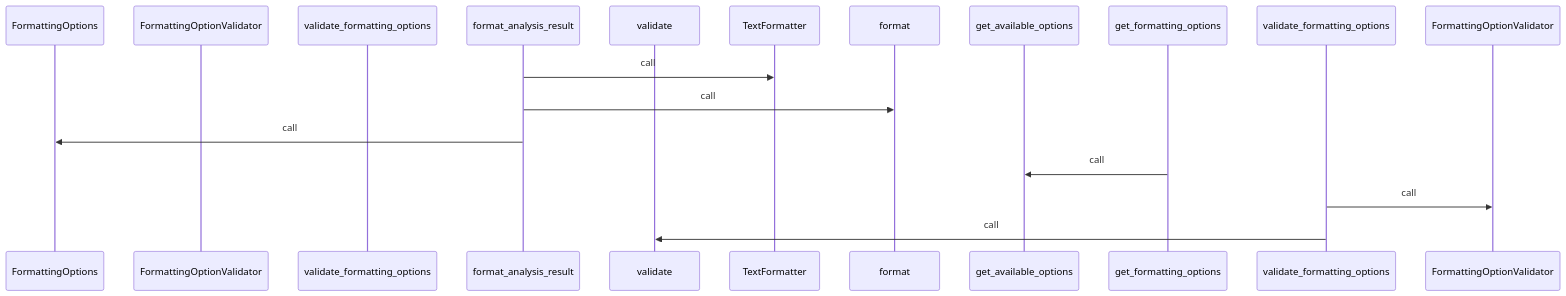
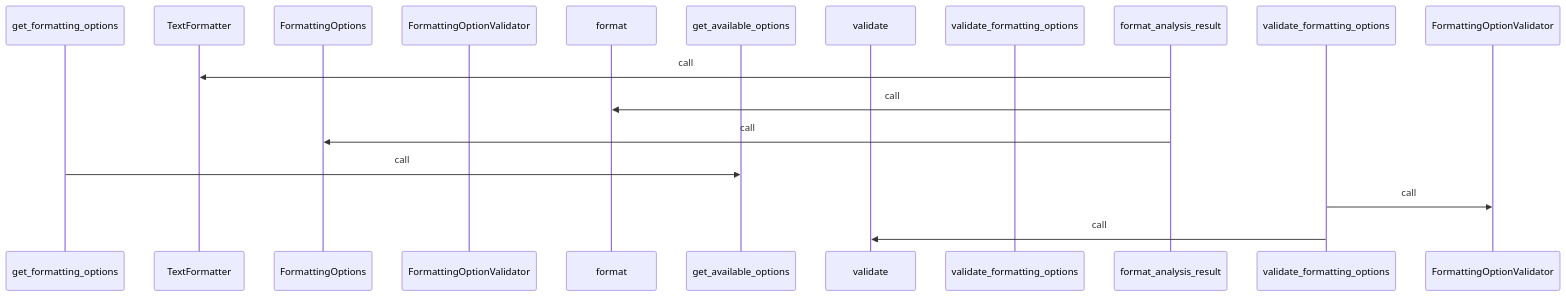
Before and after one commit to yeonjae-personal/codemuse-backend: the sixth of 7 diagrams in generated_docs/rule_analyzer/formatters/__init__.md, drawn with Mermaid. The commit also changed other lines of this file and 3378 other files, not shown here.

````diff
--- a/generated_docs/rule_analyzer/formatters/__init__.md
+++ b/generated_docs/rule_analyzer/formatters/__init__.md
@@ -251,18 +251,18 @@
 ```mermaid
 sequenceDiagram
+  participant get_formatting_options as get_formatting_options
+  participant TextFormatter as TextFormatter
   participant FormattingOptions as FormattingOptions
   participant FormattingOptionValidato as FormattingOptionValidator
+  participant format as format
+  participant get_available_options as get_available_options
+  participant validate as validate
   participant validate_formatting_opti as validate_formatting_options
   participant format_analysis_result as format_analysis_result
-  participant validate as validate
-  participant TextFormatter as TextFormatter
-  participant format as format
-  participant get_available_options as get_available_options
-  participant get_formatting_options as get_formatting_options
   format_analysis_result->>TextFormatter: call
   format_analysis_result->>format: call
   format_analysis_result->>FormattingOptions: call
   get_formatting_options->>get_available_options: call
   validate_formatting_options->>FormattingOptionValidator: call
   validate_formatting_options->>validate: call
 ```
````
